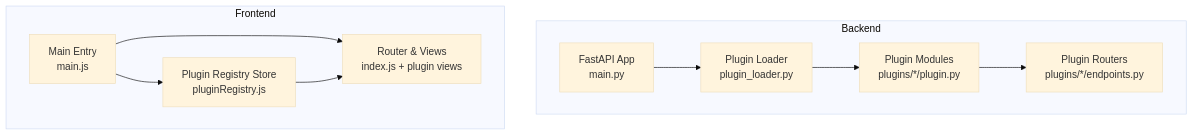
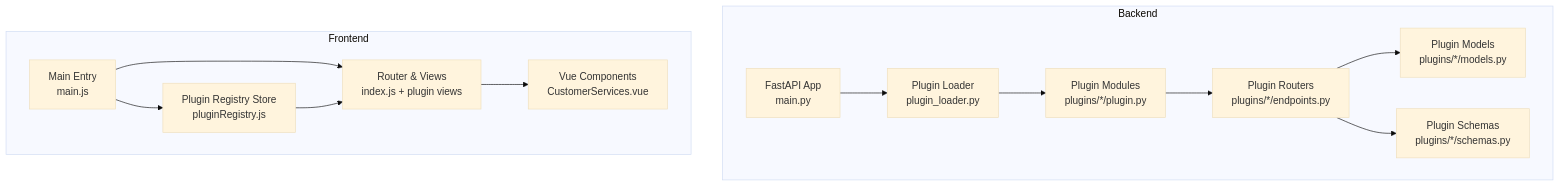
One commit to Nikita5543/New-SSO-02 changed the first of 15 diagrams in .qoder/repowiki/en/content/Plugin System Architecture/Plugin System Architecture.md. Above: the diagram before and after it, drawn with Mermaid (base theme). The commit also changed other lines of this file and 2 other files, not shown here.

Commit message:
commit-repo-wiki-plugins

````diff
--- a/.qoder/repowiki/en/content/Plugin System Architecture/Plugin System Architecture.md
+++ b/.qoder/repowiki/en/content/Plugin System Architecture/Plugin System Architecture.md
@@ -44,20 +57,26 @@
 ```mermaid
 graph TB
 subgraph "Backend"
 A["FastAPI App<br/>main.py"]
 B["Plugin Loader<br/>plugin_loader.py"]
 C["Plugin Modules<br/>plugins/*/plugin.py"]
 D["Plugin Routers<br/>plugins/*/endpoints.py"]
+E["Plugin Models<br/>plugins/*/models.py"]
+F["Plugin Schemas<br/>plugins/*/schemas.py"]
 end
 subgraph "Frontend"
-E["Main Entry<br/>main.js"]
-F["Plugin Registry Store<br/>pluginRegistry.js"]
-G["Router & Views<br/>index.js + plugin views"]
+G["Main Entry<br/>main.js"]
+H["Plugin Registry Store<br/>pluginRegistry.js"]
+I["Router & Views<br/>index.js + plugin views"]
+J["Vue Components<br/>CustomerServices.vue"]
 end
 A --> B
 B --> C
 C --> D
-E --> F
-E --> G
-F --> G
+D --> E
+D --> F
+G --> H
+G --> I
+I --> J
+H --> I
 ```
````
